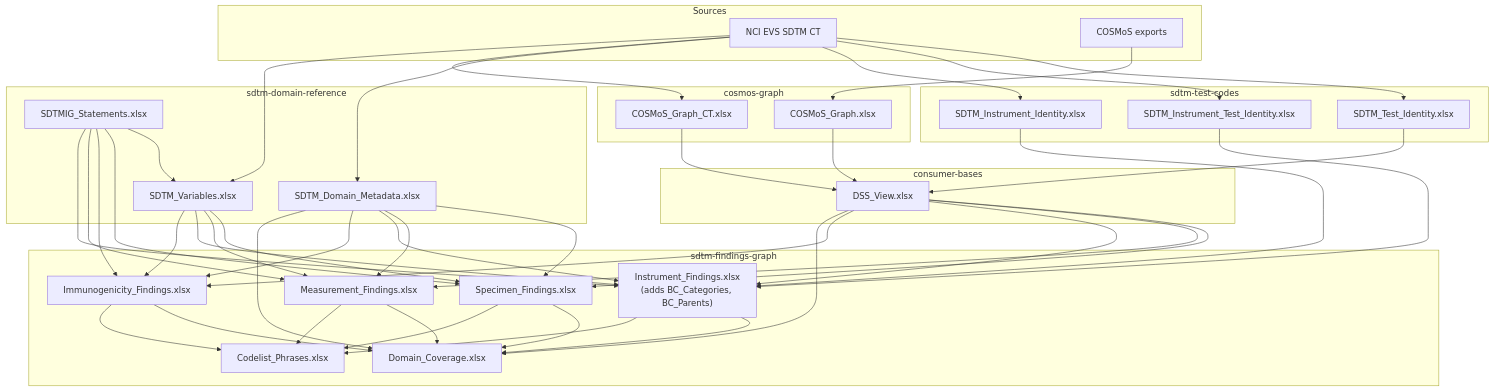
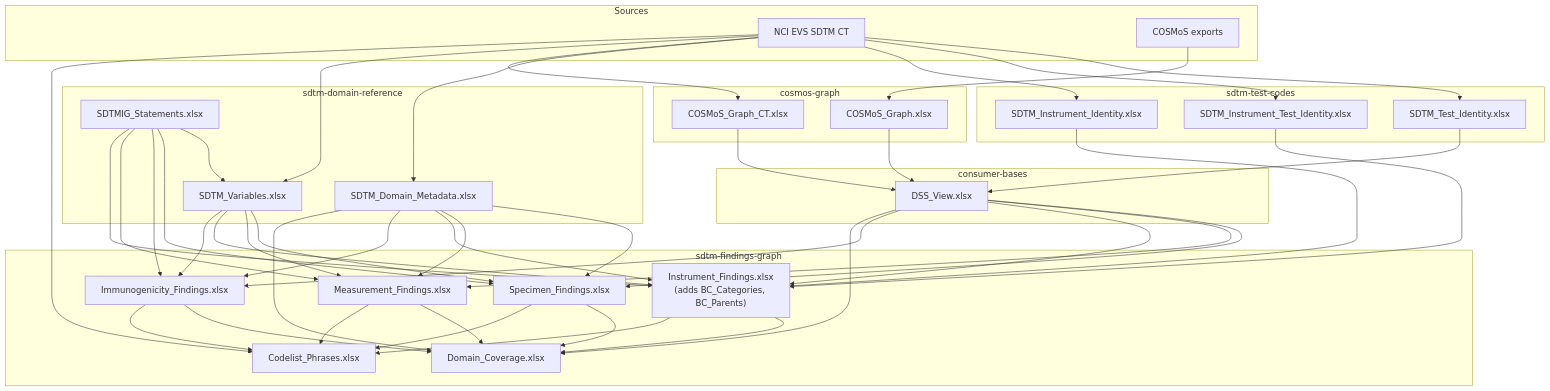
The first of 2 diagrams in docs/Data_Flow.md (kerfors/cdisc-for-ai), drawn with Mermaid before and after one commit. The commit also changed 7 other files, not shown here.

````diff
--- a/docs/Data_Flow.md
+++ b/docs/Data_Flow.md
@@ -9,79 +9,80 @@
 ```mermaid
 graph TD
     subgraph Sources
         EVS["NCI EVS SDTM CT"]
         COS["COSMoS exports"]
     end
 
     subgraph sdtm-test-codes
         TI["SDTM_Test_Identity.xlsx"]
         ITI["SDTM_Instrument_Test_Identity.xlsx"]
         II["SDTM_Instrument_Identity.xlsx"]
     end
 
     subgraph cosmos-graph
         CG["COSMoS_Graph.xlsx"]
         CGC["COSMoS_Graph_CT.xlsx"]
     end
 
     subgraph sdtm-domain-reference
         DM["SDTM_Domain_Metadata.xlsx"]
         STM["SDTMIG_Statements.xlsx"]
         SVR["SDTM_Variables.xlsx"]
     end
 
     subgraph consumer-bases
         DV["DSS_View.xlsx"]
     end
 
     subgraph sdtm-findings-graph
         SF["Specimen_Findings.xlsx"]
         MF["Measurement_Findings.xlsx"]
         IF["Instrument_Findings.xlsx<br/>(adds BC_Categories, BC_Parents)"]
         IMF["Immunogenicity_Findings.xlsx"]
         DC["Domain_Coverage.xlsx"]
         CPH["Codelist_Phrases.xlsx"]
     end
 
     EVS --> TI
     EVS --> ITI
     EVS --> II
     EVS --> DM
     EVS --> CGC
     COS --> CG
 
     CG --> DV
     CGC --> DV
     TI --> DV
 
     DV --> SF
     DV --> MF
     DV --> IF
     DV --> IMF
     DM --> SF
     DM --> MF
     STM --> SVR
     EVS --> SVR
     STM --> SF
     STM --> IMF
     STM --> MF
     STM --> IF
     SVR --> SF
     SVR --> MF
     SVR --> IF
     SVR --> IMF
     DM --> IF
     DM --> IMF
     II --> IF
     ITI --> IF
     SF --> DC
     MF --> DC
     IF --> DC
     IMF --> DC
     SF --> CPH
     MF --> CPH
     IF --> CPH
     IMF --> CPH
+    EVS --> CPH
     DM --> DC
     DV --> DC
 ```
````
